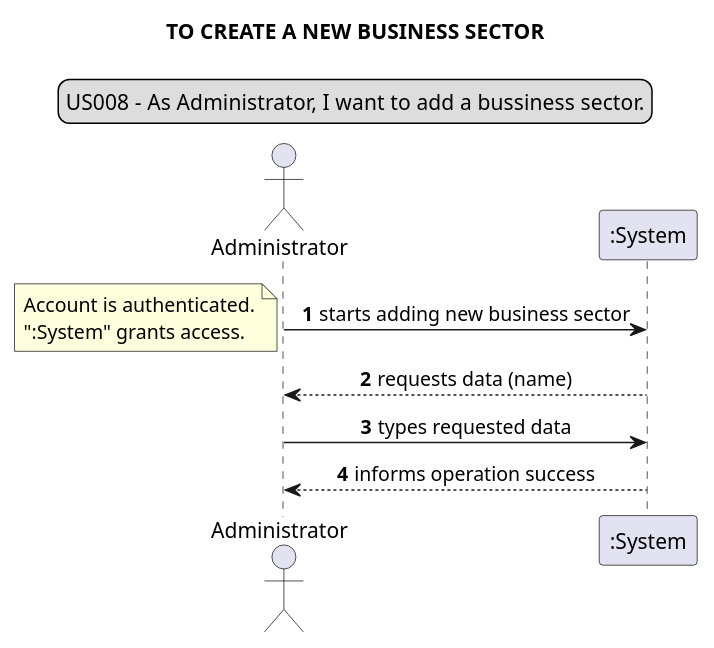
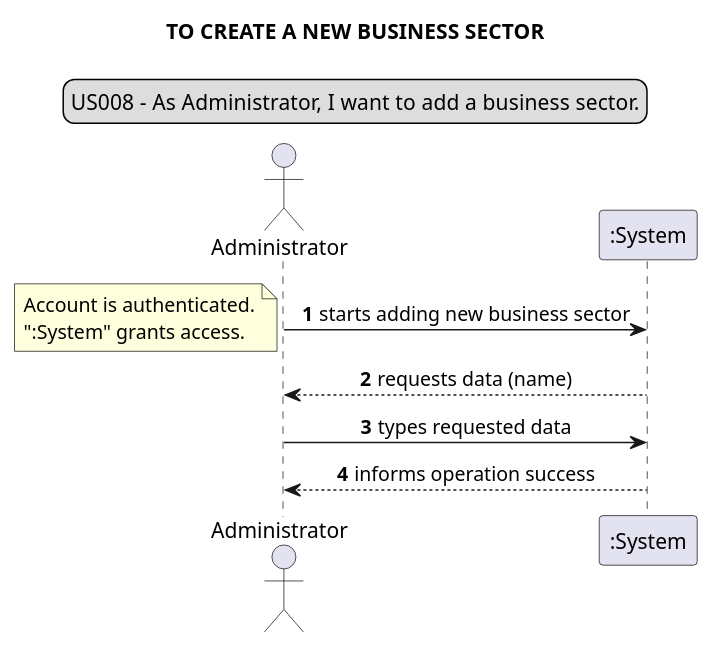
The eighth of 37 diagrams in docs/requirements_gathering/system_sequence_diagrams/systemSequenceDiagram.puml (Loracline/project_switch_22-23), drawn with PlantUML before and after one commit. The commit also changed other lines of this file and 1 other file, not shown here.

```diff
--- a/docs/requirements_gathering/system_sequence_diagrams/systemSequenceDiagram.puml
+++ b/docs/requirements_gathering/system_sequence_diagrams/systemSequenceDiagram.puml
@@ -132,17 +131,17 @@
 @startuml
 legend top
-US008 - As Administrator, I want to add a bussiness sector.
+US008 - As Administrator, I want to add a business sector.
 end legend
 skinparam sequenceMessageAlign center
 title TO CREATE A NEW BUSINESS SECTOR
 actor "Administrator"
 autonumber
 Administrator -> ":System": starts adding new business sector
 note left
 Account is authenticated.
 ":System" grants access.
 end note
 Administrator <-- ":System": requests data (name)
 Administrator -> ":System": types requested data
 Administrator <-- ":System":informs operation success
 @enduml
```
